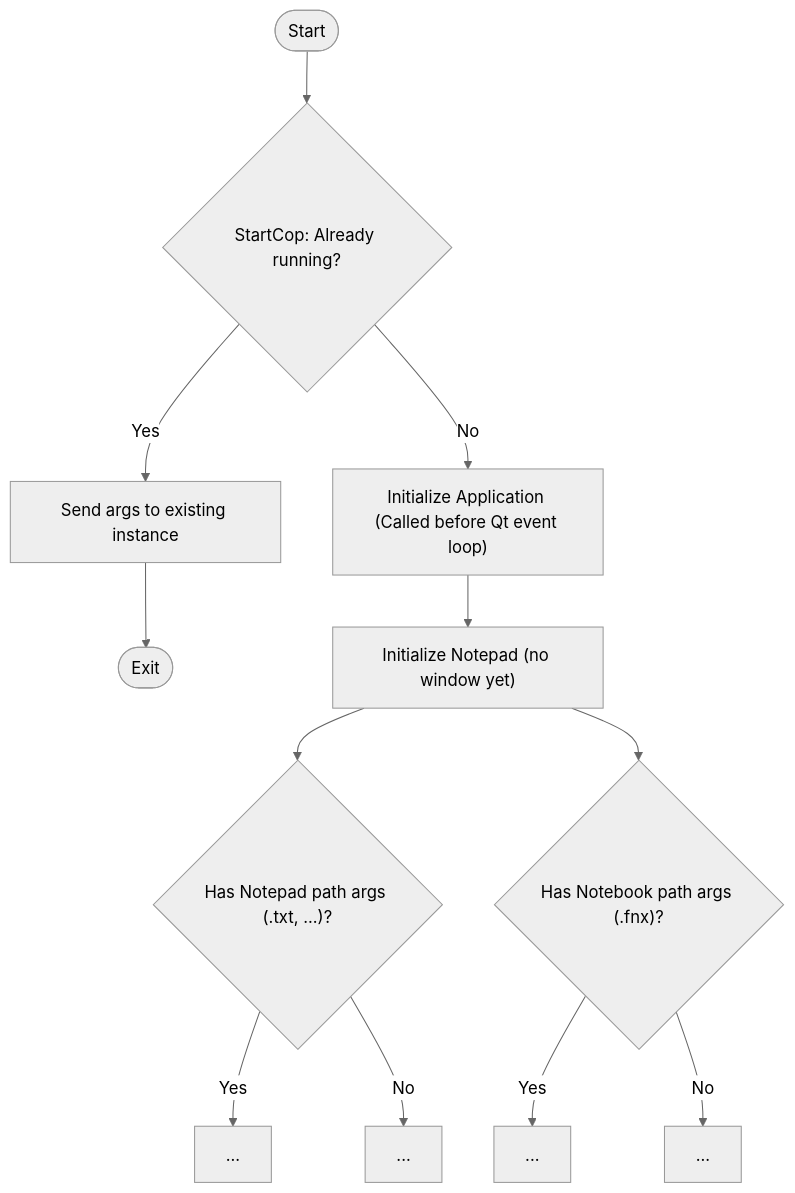
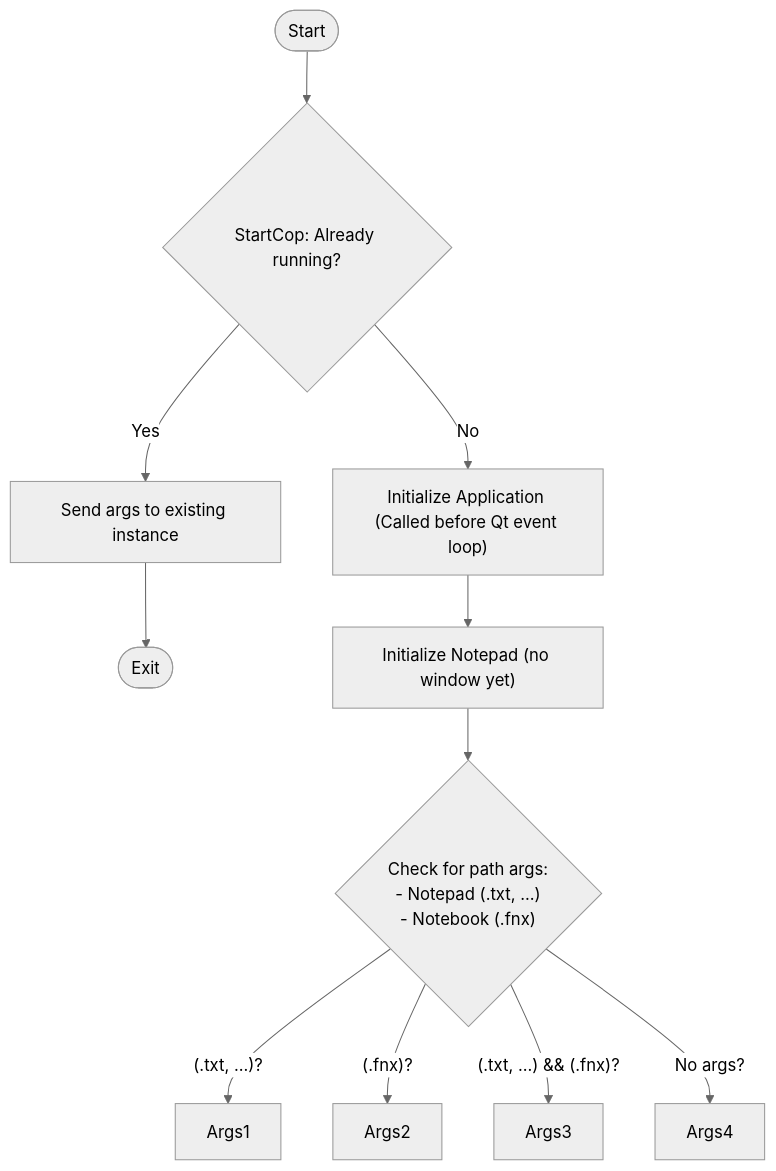
One commit to fairybow/Fernanda changed the diagram in Fernanda/docs/StartupFlowchart.md. Above: the diagram before and after it, drawn with Mermaid (neutral theme). The commit also changed 4 other files, not shown here.

````diff
--- a/Fernanda/docs/StartupFlowchart.md
+++ b/Fernanda/docs/StartupFlowchart.md
@@ -3,19 +3,15 @@
 ```mermaid
 flowchart TD
     Start([Start]) --> StartCop{StartCop: Already running?}
     StartCop -->|Yes| SendArgs[Send args to existing instance]
     SendArgs --> Exit1([Exit])
     StartCop -->|No| InitApp["Initialize Application (Called before Qt event loop)"]
 
     InitApp --> InitNotepad["Initialize Notepad (no window yet)"]
-    InitNotepad --> CheckForNotepadArgs{"Has Notepad path args (.txt, ...)?"}
-    InitNotepad --> CheckForNotebookArgs{"Has Notebook path args (.fnx)?"}
+    InitNotepad --> CheckArgs{"Check for path args:<br>- Notepad (.txt, ...)<br>- Notebook (.fnx)"}
 
-    CheckForNotepadArgs -->|Yes| A[...]
-    CheckForNotepadArgs -->|No| B[...]
-
-    CheckForNotebookArgs -->|Yes| C[...]
-    CheckForNotebookArgs -->|No| D[...]
-
-    %% Check for session for Notepad at some point and then also for each Notebook
+    CheckArgs -->|"(.txt, ...)?"| Args1
+    CheckArgs -->|"(.fnx)?"| Args2
+    CheckArgs -->|"(.txt, ...) && (.fnx)?"| Args3
+    CheckArgs -->|"No args?"| Args4
 ```
````
